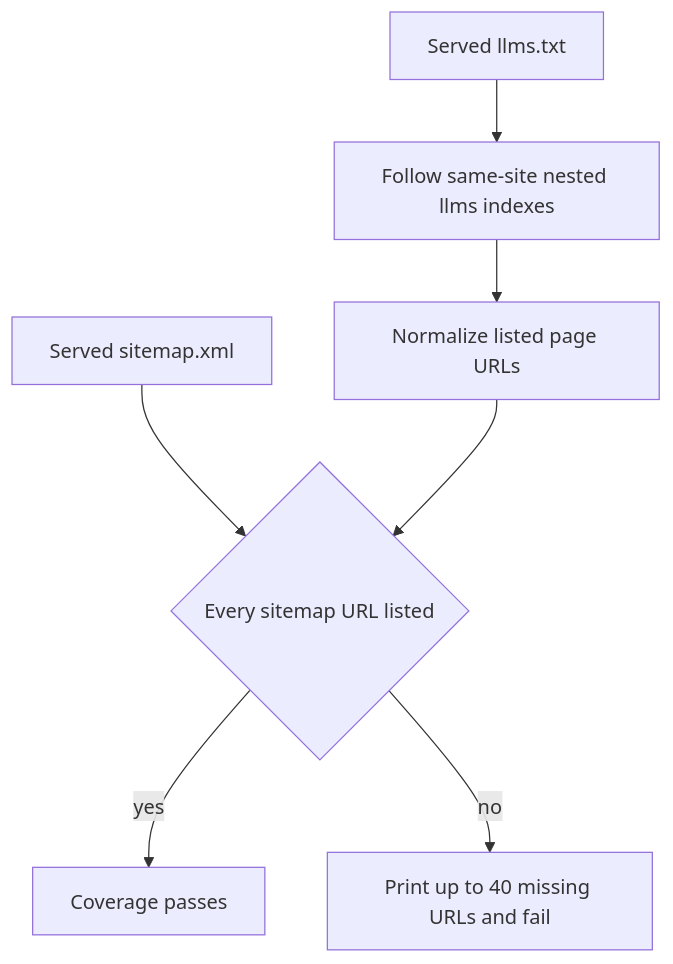
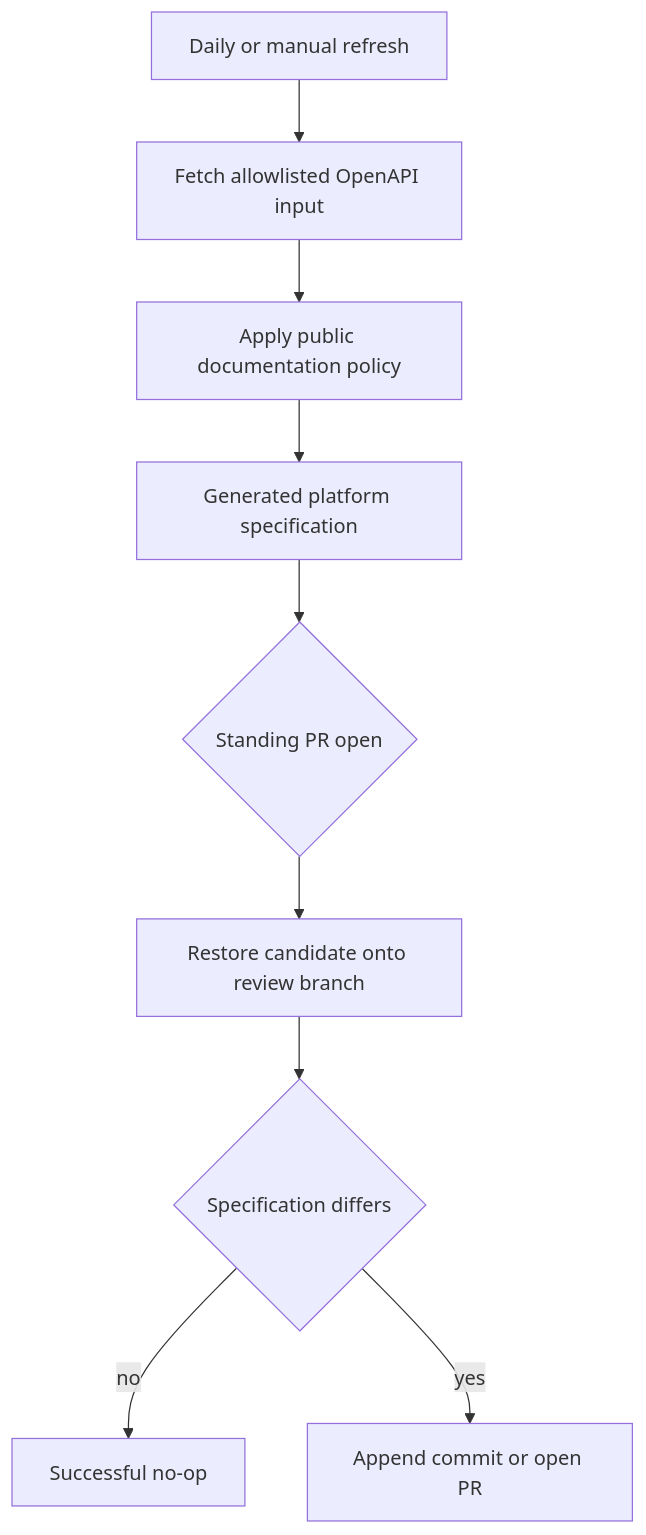
One commit to langchain-ai/docs changed the fourth of 4 diagrams in openwiki/integrations/github-actions.md. Above: the diagram before and after it, drawn with Mermaid. The commit also changed other lines of this file and 30 other files, not shown here.

````diff
--- a/openwiki/integrations/github-actions.md
+++ b/openwiki/integrations/github-actions.md
@@ -184,9 +164,11 @@
 ```mermaid
 flowchart TD
-  Root["Served llms.txt"] --> Crawl["Follow same-site nested llms indexes"]
-  Crawl --> Pages["Normalize listed page URLs"]
-  Sitemap["Served sitemap.xml"] --> Compare{"Every sitemap URL listed"}
-  Pages --> Compare
-  Compare -->|"yes"| Pass["Coverage passes"]
-  Compare -->|"no"| Fail["Print up to 40 missing URLs and fail"]
+  Trigger["Daily or manual refresh"] --> Fetch["Fetch allowlisted OpenAPI input"]
+  Fetch --> Process["Apply public documentation policy"]
+  Process --> Candidate["Generated platform specification"]
+  Candidate --> Existing{"Standing PR open"}
+  Existing --> Apply["Restore candidate onto review branch"]
+  Apply --> Diff{"Specification differs"}
+  Diff -->|"no"| Stop["Successful no-op"]
+  Diff -->|"yes"| Update["Append commit or open PR"]
 ```
````
